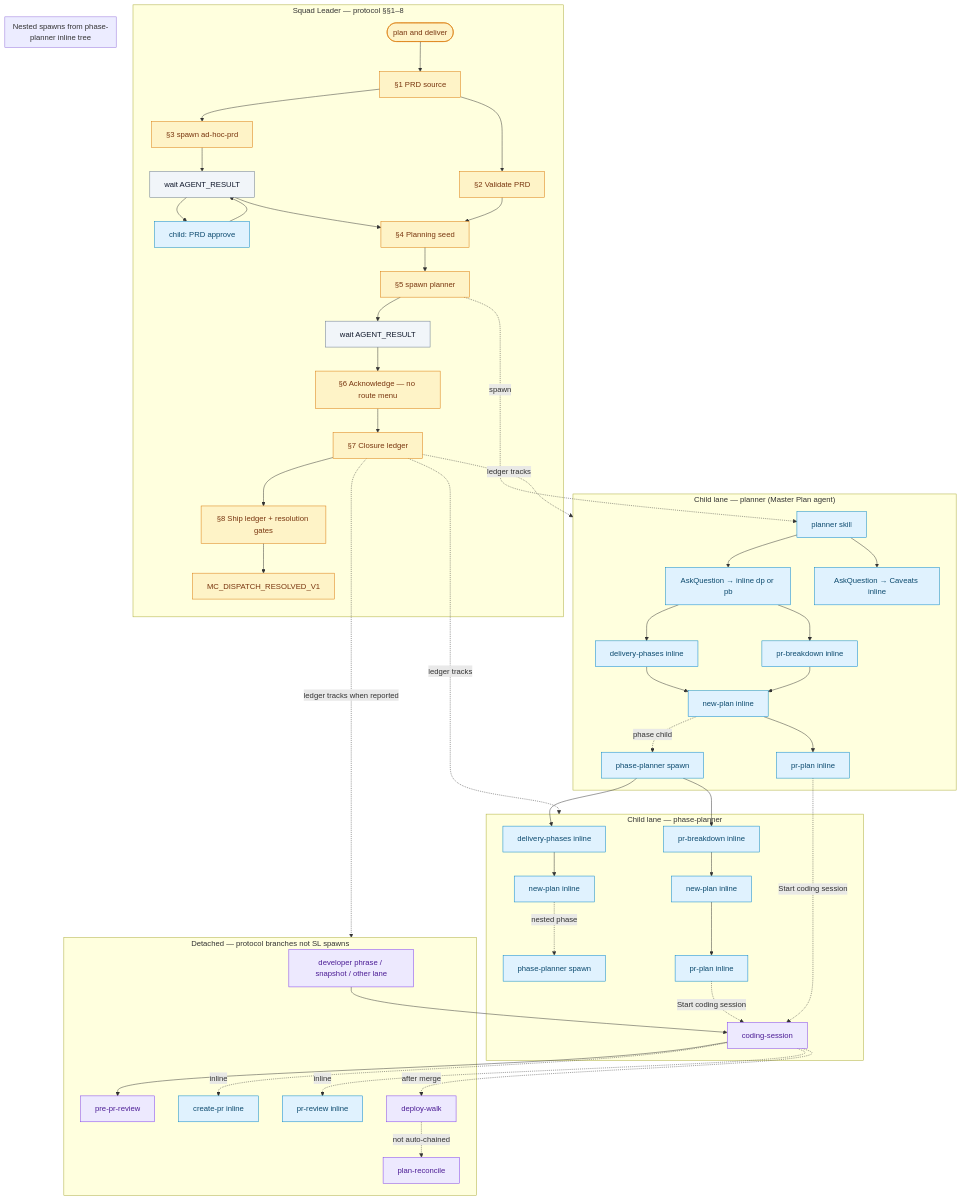
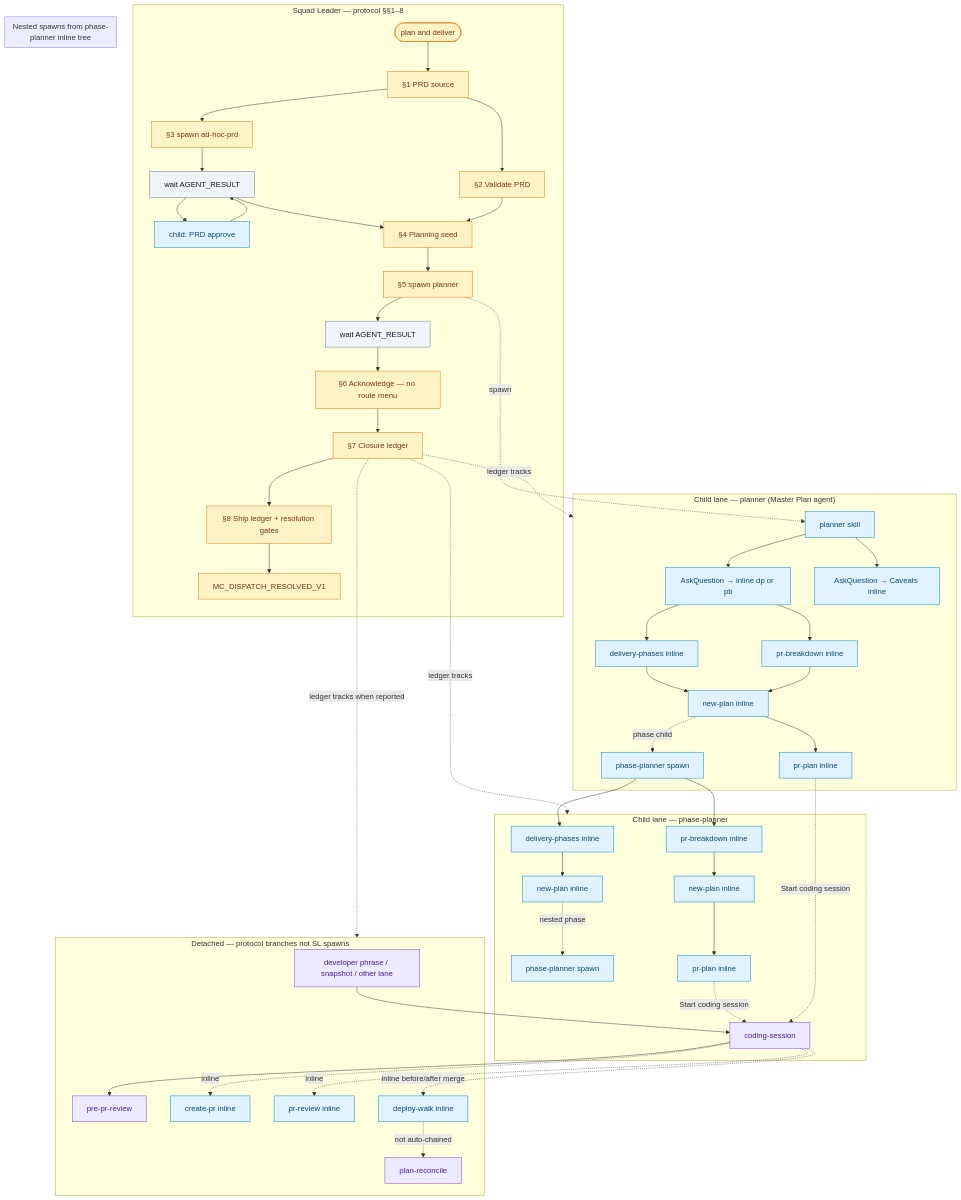
Before and after one commit to safebeat-sedea/research-and-development: the second of 3 diagrams in missions/plan-and-deliver/plan.mdc, drawn with Mermaid. The commit also changed other lines of this file and 7 other files, not shown here.

First line of the commit message:
Run deploy-walk inline on the coding-session lane instead of spawning a child.

````diff
--- a/missions/plan-and-deliver/plan.mdc
+++ b/missions/plan-and-deliver/plan.mdc
@@ -79,77 +81,77 @@
 ```mermaid
 flowchart TB
   classDef leader fill:#fef3c7,stroke:#d97706,color:#78350f
   classDef child fill:#e0f2fe,stroke:#0284c7,color:#0c4a6e
   classDef wait fill:#f1f5f9,stroke:#64748b,color:#0f172a
   classDef detached fill:#ede9fe,stroke:#7c3aed,color:#4c1d95
 
   subgraph sl["Squad Leader — protocol §§1–8"]
     CMD(["plan and deliver"]):::leader
     CMD --> S1["§1 PRD source"]:::leader
     S1 --> S2["§2 Validate PRD"]:::leader
     S1 --> S3["§3 spawn ad-hoc-prd"]:::leader
     S3 --> S3W["wait AGENT_RESULT"]:::wait
     S3W --> S3A["child: PRD approve"]:::child
     S3A --> S3W
     S3W --> S4["§4 Planning seed"]:::leader
     S2 --> S4
     S4 --> S5["§5 spawn planner"]:::leader
     S5 --> S5W["wait AGENT_RESULT"]:::wait
     S5W --> S6["§6 Acknowledge — no route menu"]:::leader
     S6 --> S7["§7 Closure ledger"]:::leader
     S7 --> S8["§8 Ship ledger + resolution gates"]:::leader
     S8 --> RES["MC_DISPATCH_RESOLVED_V1"]:::leader
   end
 
   subgraph mpLane["Child lane — planner (Master Plan agent)"]
     MP["planner skill"]:::child
     MP --> M6["AskQuestion → inline dp or pb"]:::child
     MP --> M7["AskQuestion → Caveats inline"]:::child
     DP["delivery-phases inline"]:::child
     PB["pr-breakdown inline"]:::child
     NP["new-plan inline"]:::child
     M6 --> DP
     M6 --> PB
     DP --> NP
     PB --> NP
     NP --> PP["pr-plan inline"]:::child
     NP -.->|phase child| POP["phase-planner spawn"]:::child
   end
 
   S5 -.->|spawn| MP
 
   subgraph ppLane["Child lane — phase-planner"]
     POP --> DP2["delivery-phases inline"]:::child
     POP --> PB2["pr-breakdown inline"]:::child
     DP2 --> NP2["new-plan inline"]:::child
     PB2 --> NP3["new-plan inline"]:::child
     NP2 -.->|nested phase| POP2["phase-planner spawn"]:::child
     NP3 --> PR2["pr-plan inline"]:::child
     PR2 -.->|Start coding session| CS
   end
 
   subgraph planTree["Nested spawns from phase-planner inline tree"]
     POP2
   end
 
   subgraph impl["Detached — protocol branches not SL spawns"]
     NOTE["developer phrase / snapshot / other lane"]:::detached
     CS["coding-session"]:::detached
     PPR["pre-pr-review"]:::detached
     CPR["create-pr inline"]:::child
     PRV["pr-review inline"]:::child
-    DW["deploy-walk"]:::detached
+    DW["deploy-walk inline"]:::child
     REC["plan-reconcile"]:::detached
     NOTE --> CS
     PP -.->|Start coding session| CS
     CS --> PPR
     CS -.->|inline| CPR
     CS -.->|inline| PRV
-    CS -.->|after merge| DW
+    CS -.->|inline before/after merge| DW
     DW -.->|not auto-chained| REC
   end
 
   S7 -.->|ledger tracks| mpLane
   S7 -.->|ledger tracks| ppLane
   S7 -.->|ledger tracks when reported| impl
 ```
````
